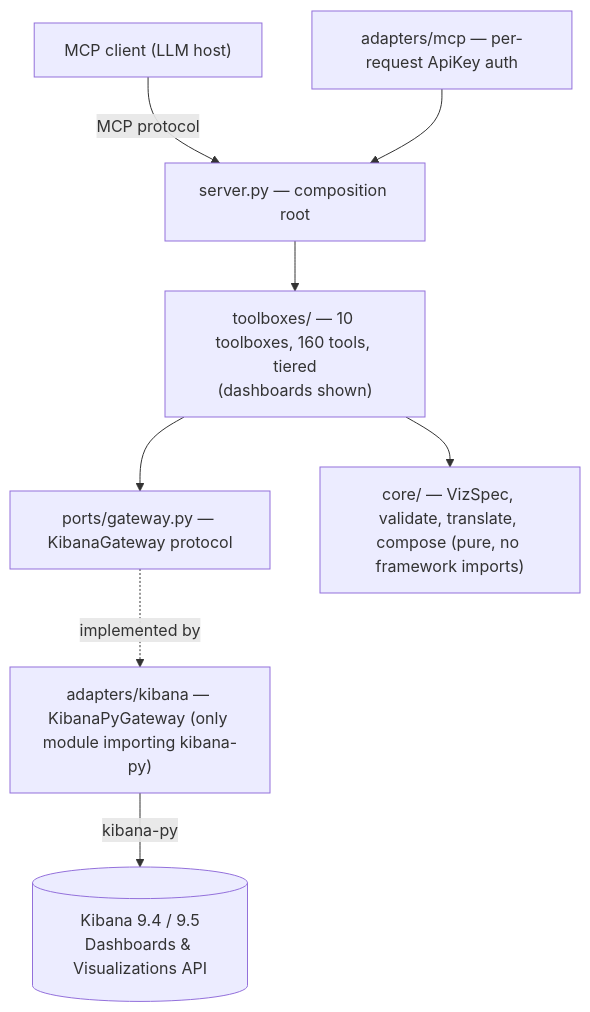
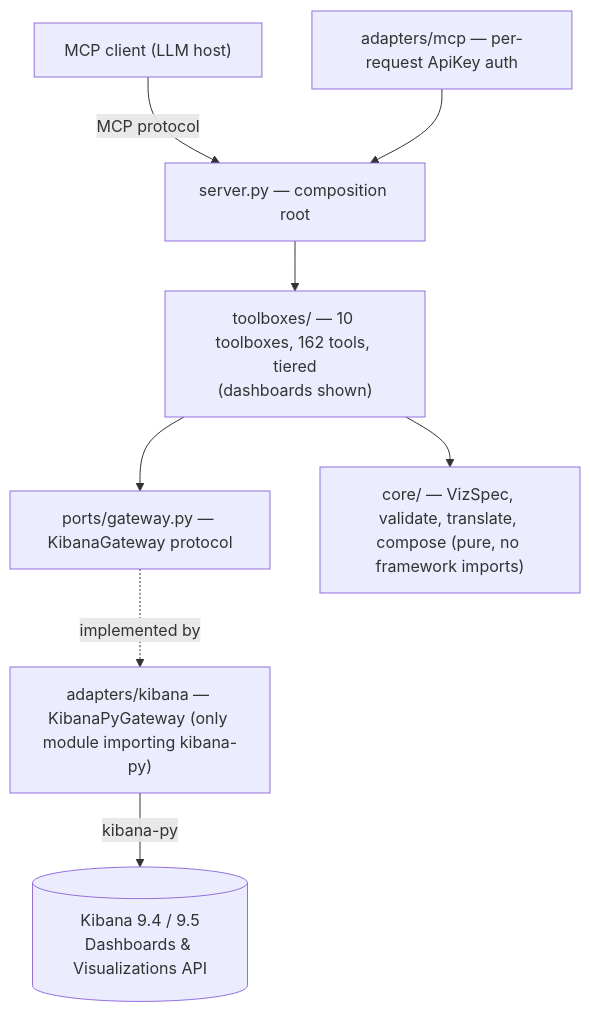
One commit to pedro-angel/mcp-for-kibana changed the second of 4 diagrams in docs/architecture.md. Above: the diagram before and after it, drawn with Mermaid. The commit also changed other lines of this file and 22 other files, not shown here.

````diff
--- a/docs/architecture.md
+++ b/docs/architecture.md
@@ -47,10 +47,10 @@
 ```mermaid
 flowchart TD
     Client["MCP client (LLM host)"] -->|MCP protocol| Server
     AuthAdapter["adapters/mcp — per-request ApiKey auth"] --> Server
-    Server["server.py — composition root"] --> Toolboxes["toolboxes/ — 10 toolboxes, 160 tools, tiered<br/>(dashboards shown)"]
+    Server["server.py — composition root"] --> Toolboxes["toolboxes/ — 10 toolboxes, 162 tools, tiered<br/>(dashboards shown)"]
     Toolboxes --> Ports["ports/gateway.py — KibanaGateway protocol"]
     Toolboxes --> Core["core/ — VizSpec, validate, translate, compose (pure, no framework imports)"]
     Ports -. implemented by .-> KibanaAdapter["adapters/kibana — KibanaPyGateway (only module importing kibana-py)"]
     KibanaAdapter -->|kibana-py| Kibana[("Kibana 9.4 / 9.5\nDashboards & Visualizations API")]
 ```
````
